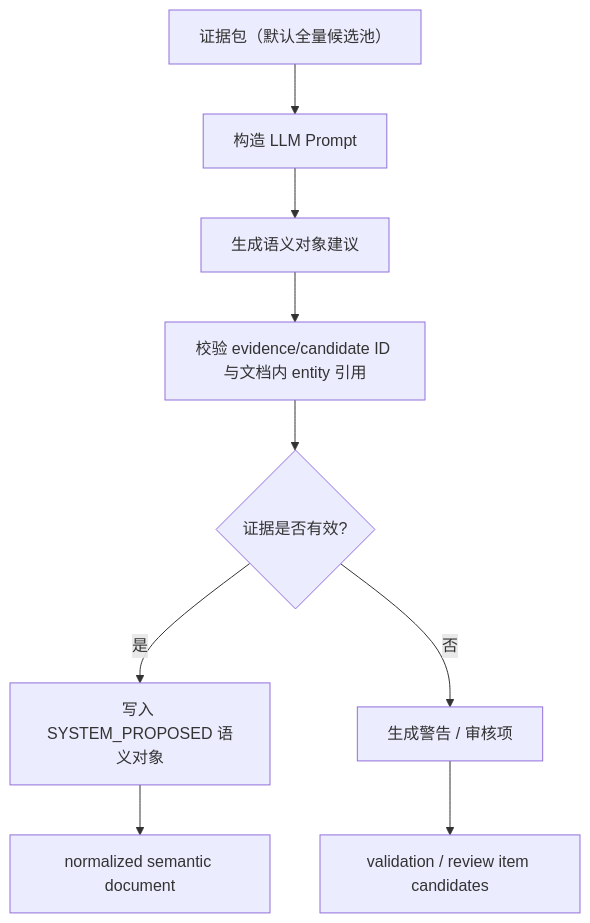
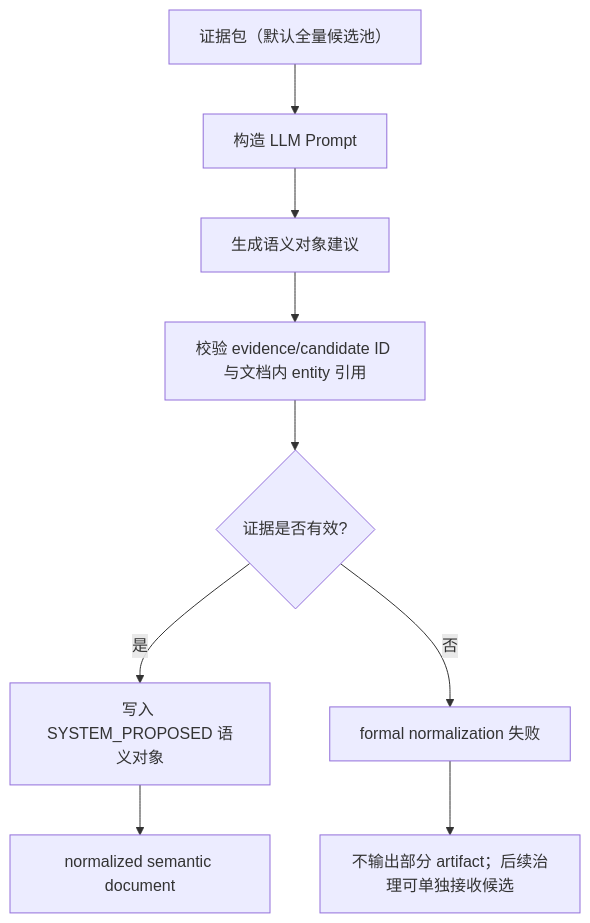
The first of 2 diagrams in docs/design/semantic-layer/03-llm-semantic-enricher.md (xiaoguang/relation-detector), drawn with Mermaid before and after one commit. The commit also changed other lines of this file and 73 other files, not shown here.

````diff
--- a/docs/design/semantic-layer/03-llm-semantic-enricher.md
+++ b/docs/design/semantic-layer/03-llm-semantic-enricher.md
@@ -276,11 +276,11 @@
 ```mermaid
 flowchart TD
   A["证据包（默认全量候选池）"] --> B["构造 LLM Prompt"]
   B --> C["生成语义对象建议"]
   C --> D["校验 evidence/candidate ID 与文档内 entity 引用"]
   D --> E{"证据是否有效?"}
   E -- "是" --> F["写入 SYSTEM_PROPOSED 语义对象"]
-  E -- "否" --> G["生成警告 / 审核项"]
+  E -- "否" --> G["formal normalization 失败"]
   F --> H["normalized semantic document"]
-  G --> I["validation / review item candidates"]
+  G --> I["不输出部分 artifact；后续治理可单独接收候选"]
 ```
````
